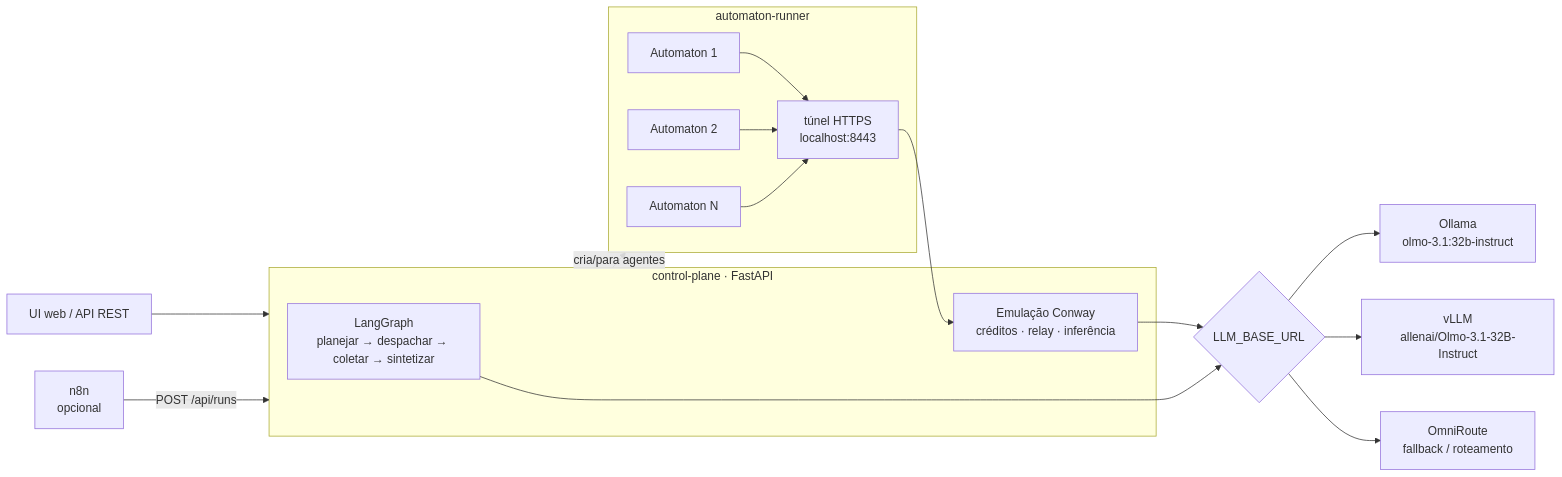
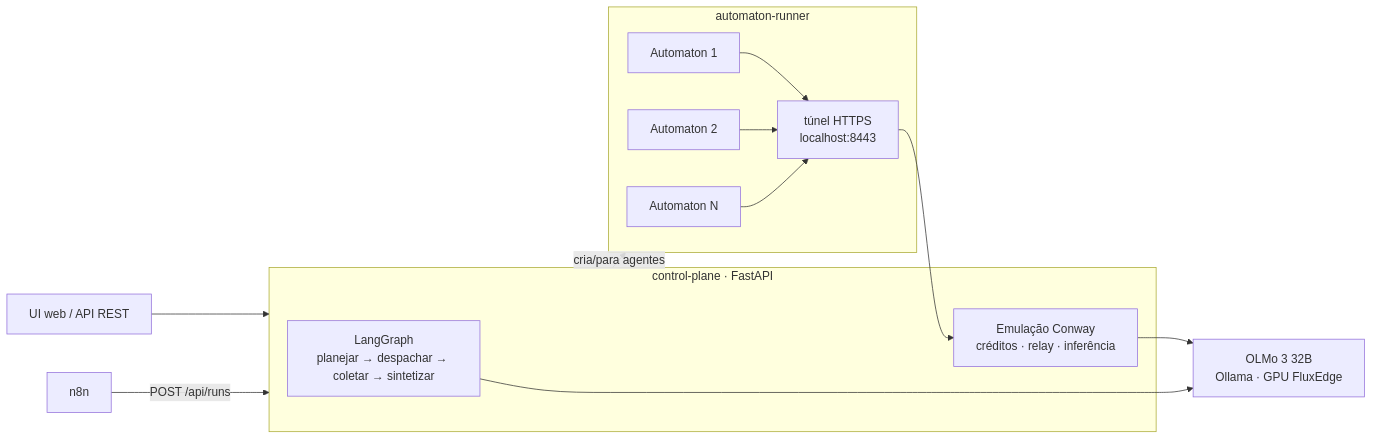
Before and after one commit to Binaryxz/docs: the diagram in plataforma-multiagente/guia.mdx, drawn with Mermaid. The commit also changed other lines of this file and 7 other files, not shown here.

First line of the commit message:
Restringe o projeto à stack definida: OLMo 3 32B, Conway Automaton, LangGraph/n8n e Flux

````diff
--- a/plataforma-multiagente/guia.mdx
+++ b/plataforma-multiagente/guia.mdx
@@ -9,20 +9,17 @@
 ```mermaid
 flowchart LR
     UI[UI web / API REST] --> CP
-    N8N[n8n<br/>opcional] -->|POST /api/runs| CP
+    N8N[n8n] -->|POST /api/runs| CP
     subgraph CP[control-plane · FastAPI]
       LG[LangGraph<br/>planejar → despachar → coletar → sintetizar]
       EMU[Emulação Conway<br/>créditos · relay · inferência]
     end
     CP -->|cria/para agentes| RUN
     subgraph RUN[automaton-runner]
       A1[Automaton 1] & A2[Automaton 2] & A3[Automaton N]
       TUN[túnel HTTPS<br/>localhost:8443]
     end
     A1 & A2 & A3 --> TUN --> EMU
-    EMU --> GW{LLM_BASE_URL}
-    LG --> GW
-    GW --> OLL[Ollama<br/>olmo-3.1:32b-instruct]
-    GW --> VLLM[vLLM<br/>allenai/Olmo-3.1-32B-Instruct]
-    GW --> OMNI[OmniRoute<br/>fallback / roteamento]
+    EMU --> OLMO[OLMo 3 32B<br/>Ollama · GPU FluxEdge]
+    LG --> OLMO
 ```
````
